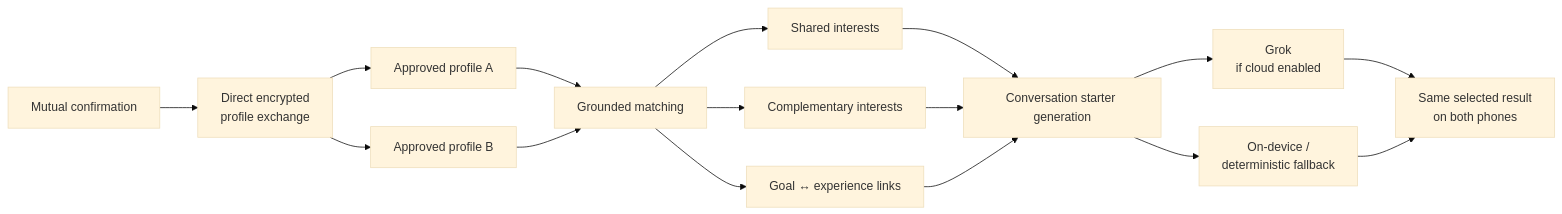
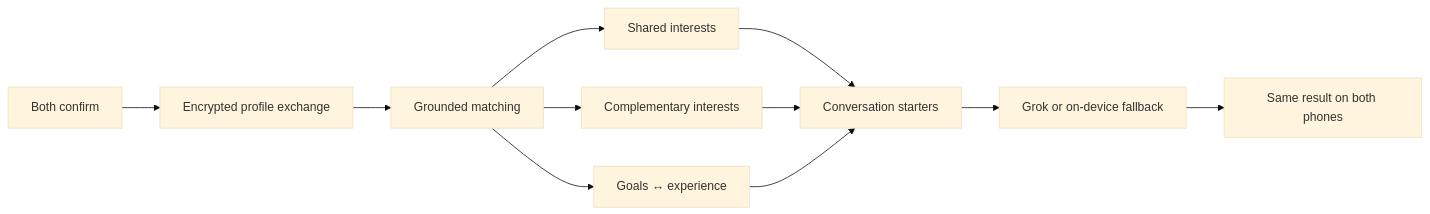
The fourth of 4 diagrams in README.md (abrar-sarwar/bump), drawn with Mermaid (base theme) before and after one commit. The commit also changed other lines of this file, not shown here.

````diff
--- a/README.md
+++ b/README.md
@@ -127,23 +117,13 @@
 ```mermaid
 flowchart LR
-    A["Mutual confirmation"] --> B["Direct encrypted<br/>profile exchange"]
-    B --> C["Approved profile A"]
-    B --> D["Approved profile B"]
-
-    C --> E["Grounded matching"]
-    D --> E
-
-    E --> F["Shared interests"]
-    E --> G["Complementary interests"]
-    E --> H["Goal ↔ experience links"]
-
-    F --> I["Conversation starter generation"]
-    G --> I
-    H --> I
-
-    I --> J["Grok<br/>if cloud enabled"]
-    I --> K["On-device /<br/>deterministic fallback"]
-
-    J --> L["Same selected result<br/>on both phones"]
-    K --> L
+    A["Both confirm"] --> B["Encrypted profile exchange"]
+    B --> C["Grounded matching"]
+    C --> D["Shared interests"]
+    C --> E["Complementary interests"]
+    C --> F["Goals ↔ experience"]
+    D --> G["Conversation starters"]
+    E --> G
+    F --> G
+    G --> H["Grok or on-device fallback"]
+    H --> I["Same result on both phones"]
 ```
````
